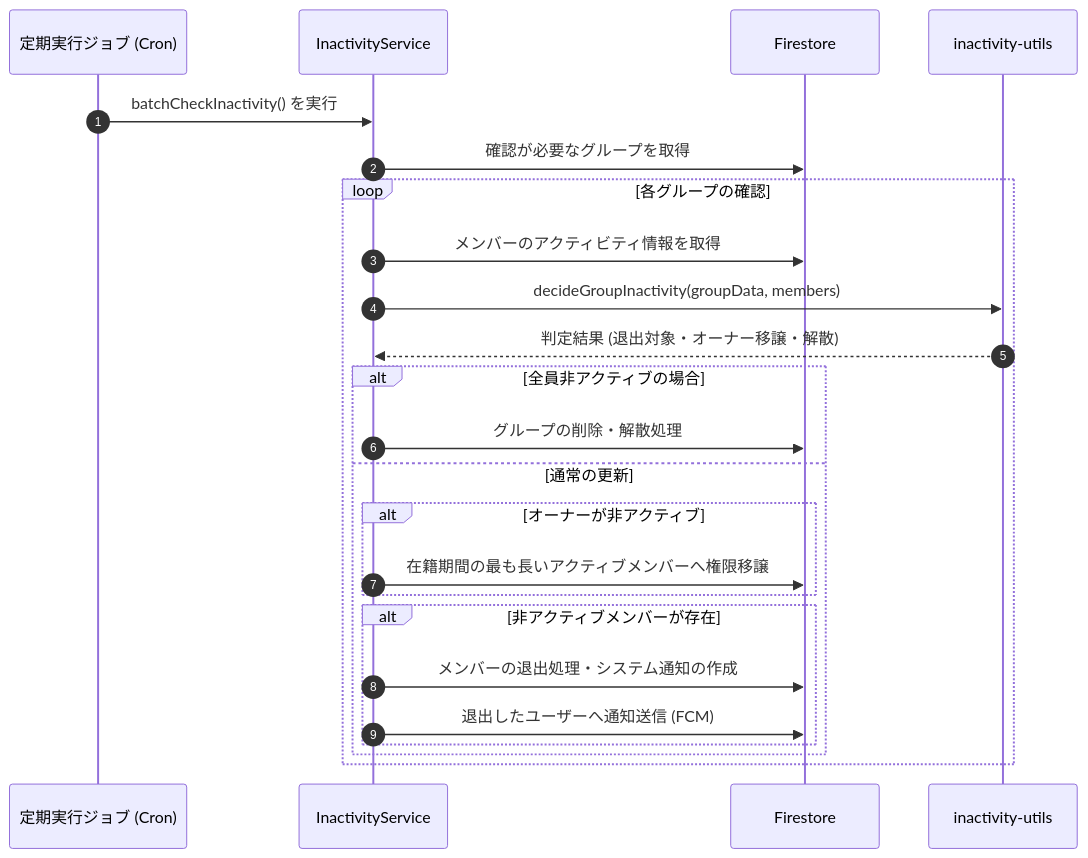
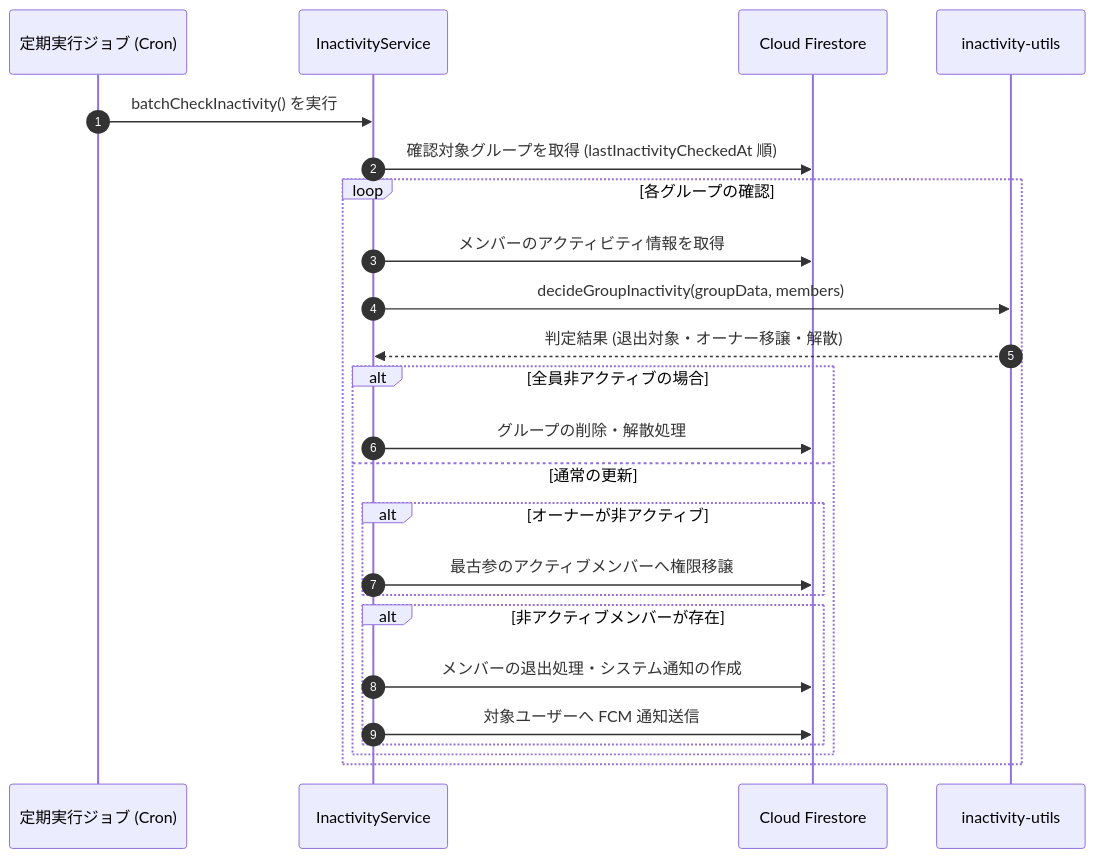
Before and after one commit to ScriptureHabit/scripture-habit: the diagram in docs/ja/inactivity-and-autokick.md, drawn with Mermaid. The commit also changed other lines of this file and 57 other files, not shown here.

Commit message:
docs: refine documentation prose and add structured diagram breakdowns across JA and EN

````diff
--- a/docs/ja/inactivity-and-autokick.md
+++ b/docs/ja/inactivity-and-autokick.md
@@ -13,28 +13,28 @@
 ```mermaid
 sequenceDiagram
     autonumber
     participant Cron as 定期実行ジョブ (Cron)
     participant Service as InactivityService
-    participant DB as Firestore
+    participant DB as Cloud Firestore
     participant Utils as inactivity-utils
 
     Cron->>Service: batchCheckInactivity() を実行
-    Service->>DB: 確認が必要なグループを取得
+    Service->>DB: 確認対象グループを取得 (lastInactivityCheckedAt 順)
     loop 各グループの確認
         Service->>DB: メンバーのアクティビティ情報を取得
         Service->>Utils: decideGroupInactivity(groupData, members)
         Utils-->>Service: 判定結果 (退出対象・オーナー移譲・解散)
         
         alt 全員非アクティブの場合
             Service->>DB: グループの削除・解散処理
         else 通常の更新
             alt オーナーが非アクティブ
-                Service->>DB: 在籍期間の最も長いアクティブメンバーへ権限移譲
+                Service->>DB: 最古参のアクティブメンバーへ権限移譲
             end
             alt 非アクティブメンバーが存在
                 Service->>DB: メンバーの退出処理・システム通知の作成
-                Service->>DB: 退出したユーザーへ通知送信 (FCM)
+                Service->>DB: 対象ユーザーへ FCM 通知送信
             end
         end
     end
 ```
````
